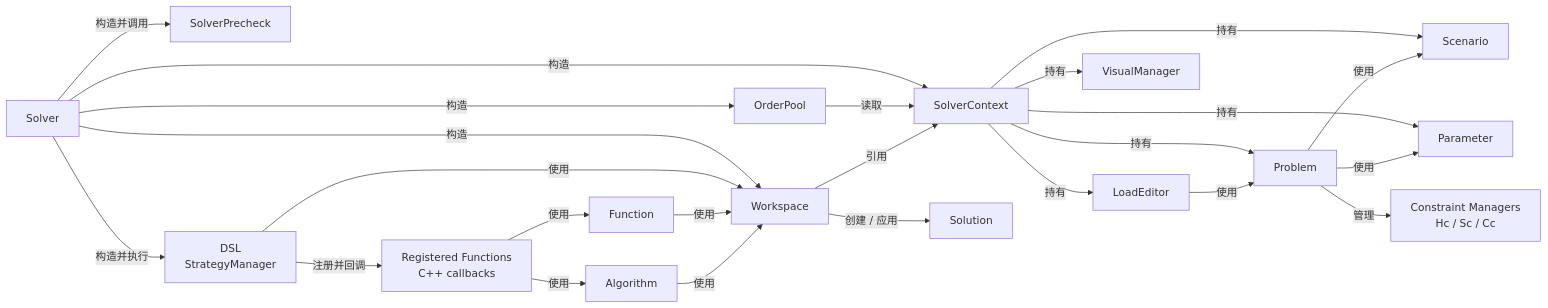
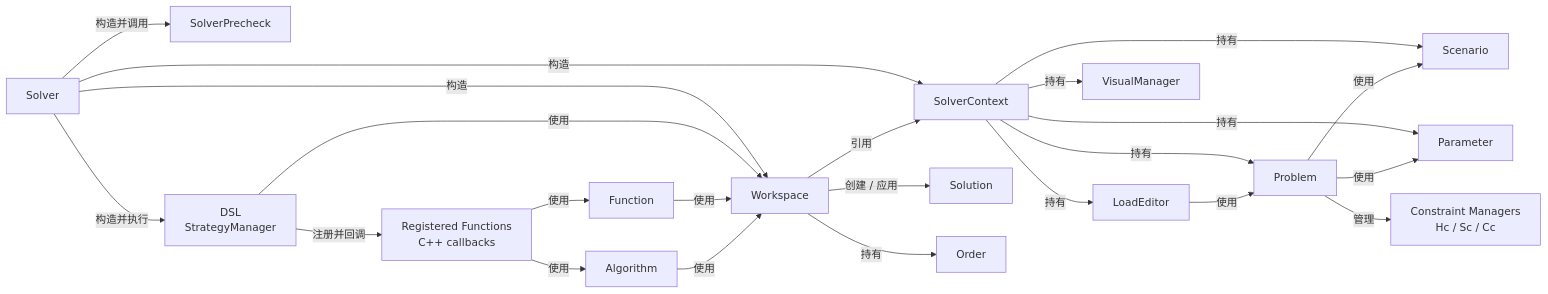
One commit to Hug7/yun changed the diagram in docs/framework.md. Above: the diagram before and after it, drawn with Mermaid. The commit also changed 13 other files, not shown here.

Commit message:
feat: 将KNN图功能抽象成新模块，拆解OrderPool (#36)

````diff
--- a/docs/framework.md
+++ b/docs/framework.md
@@ -7,50 +7,49 @@
 ```mermaid
 flowchart LR
     solver[Solver]
     precheck[SolverPrecheck]
     context[SolverContext]
-    order_pool[OrderPool]
     workspace[Workspace]
     solution[Solution]
+    orders[Order]
     dsl["DSL<br/>StrategyManager"]
     funcs["Registered Functions<br/>C++ callbacks"]
     algorithm["Algorithm"]
     function["Function"]
     scenario[Scenario]
     parameter[Parameter]
     problem[Problem]
     editor[LoadEditor]
     constraints["Constraint Managers<br/>Hc / Sc / Cc"]
     visual[VisualManager]
 
     solver -->|构造并调用| precheck
     solver -->|构造| context
-    solver -->|构造| order_pool
     solver -->|构造| workspace
     solver -->|构造并执行| dsl
 
-    order_pool -->|读取| context
+    workspace -->|持有| orders
     workspace -->|引用| context
     workspace -->|创建 / 应用| solution
 
     dsl -->|使用| workspace
     dsl -->|注册并回调| funcs
     funcs -->|使用| function
     funcs -->|使用| algorithm
     function -->|使用| workspace
     algorithm -->|使用| workspace
 
     context -->|持有| scenario
     context -->|持有| parameter
     context -->|持有| problem
     context -->|持有| editor
     context -->|持有| visual
 
     problem -->|使用| scenario
     problem -->|使用| parameter
     problem -->|管理| constraints
 
     editor -->|使用| problem
 
     classDef planned stroke-dasharray: 5 5
 ```
````
